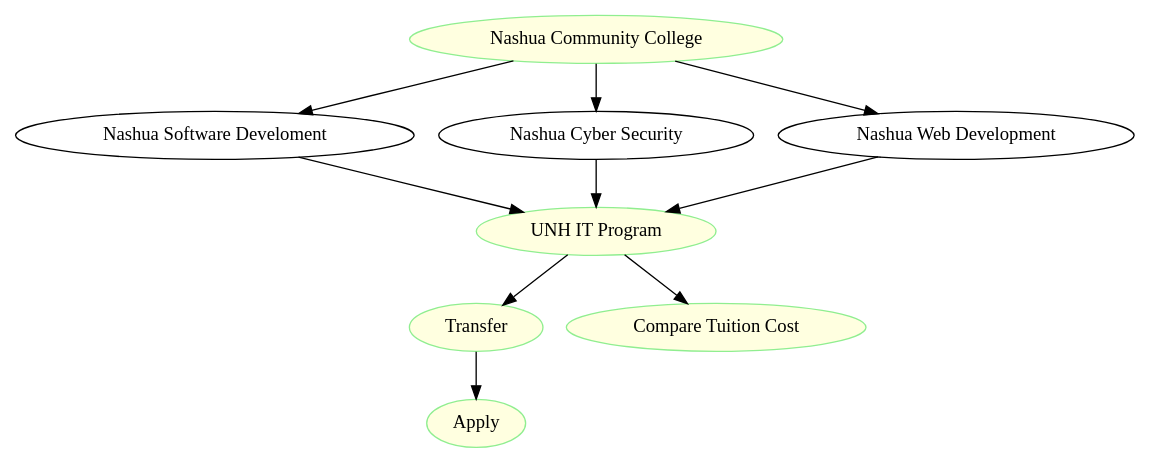
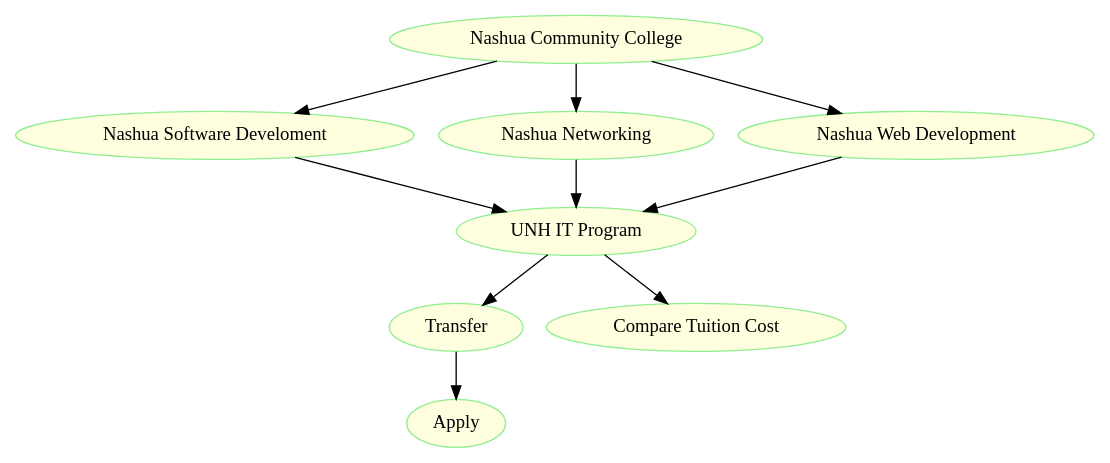
One commit to prithadutta/proj1-academic-visual changed the diagram in graphviz/Nashua.dot. Above: the diagram before and after it, drawn with Graphviz. The commit also changed 6 other files, not shown here.

```diff
--- a/graphviz/Nashua.dot
+++ b/graphviz/Nashua.dot
@@ -1,25 +1,25 @@
 digraph G {
 
        transfer [label="Transfer"  URL= "https://www.nhtransfer.org/sites/nhtransfer.org/files/media/nhtransferapplication.pdf" color=lightgreen fillcolor=lightyellow style=filled]
   compare_tuition_cost [label="Compare Tuition Cost" URL="https://manchester.unh.edu/costs" color=lightgreen fillcolor=lightyellow style=filled]
 
 
     list_of_unh_programs [label="UNH IT Program" URL= "https://manchester.unh.edu/academics/degree-programs/information-technology" color=lightgreen fillcolor=lightyellow style=filled]
     nashua [label="Nashua Community College" URL="/transfer_college?college=nashua" color=lightgreen fillcolor=lightyellow    style=filled]
 apply [label=Apply URL="/index.html" color=lightgreen fillcolor=lightyellow style=filled]
-	nashua_software_development [label="Nashua Software Develoment"]
-	nashua_cyber_security [label="Nashua Cyber Security"]
-	nashua_web [label="Nashua Web Development"]
+	nashua_software_development [label="Nashua Software Develoment" URL="https://manchester.unh.edu/sites/default/files/media/ncc_software_dev_cis_pathways_0.pdf" color=lightgreen fillcolor=lightyellow style=filled]
+	nashua_networking [label="Nashua Networking" URL="https://manchester.unh.edu/sites/default/files/media/ncc_comp_net_cis_pathways_0.pdf"  color=lightgreen fillcolor=lightyellow style=filled ]
+	nashua_web [label="Nashua Web Development" URL= "https://manchester.unh.edu/sites/default/files/media/ncc_web_app_cis_pathways_0.pdf" color=lightgreen fillcolor=lightyellow style=filled ]
 	
 	nashua -> nashua_software_development
-	nashua -> nashua_cyber_security
+	nashua -> nashua_networking
              nashua -> nashua_web
              nashua_software_development -> list_of_unh_programs
-             nashua_cyber_security -> list_of_unh_programs
+             nashua_networking -> list_of_unh_programs
              nashua_web -> list_of_unh_programs
 	list_of_unh_programs -> transfer
 	list_of_unh_programs -> compare_tuition_cost
 	 transfer -> apply 
 
 
 }
```
